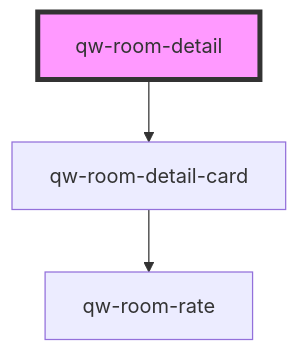
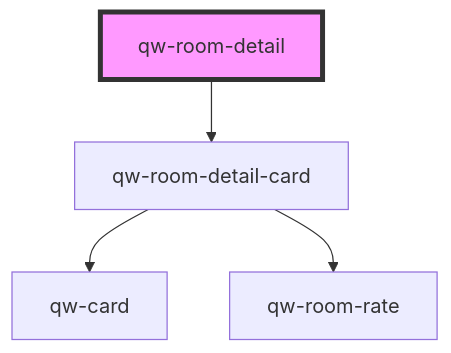
The diagram in src/components/qw-room-detail/readme.md (qwentes-team/qw-hotels), drawn with Mermaid before and after one commit. The commit also changed other lines of this file and 7 other files, not shown here.

````diff
--- a/src/components/qw-room-detail/readme.md
+++ b/src/components/qw-room-detail/readme.md
@@ -22,6 +29,7 @@
 ```mermaid
 graph TD;
   qw-room-detail --> qw-room-detail-card
+  qw-room-detail-card --> qw-card
   qw-room-detail-card --> qw-room-rate
   style qw-room-detail fill:#f9f,stroke:#333,stroke-width:4px
 ```
````
